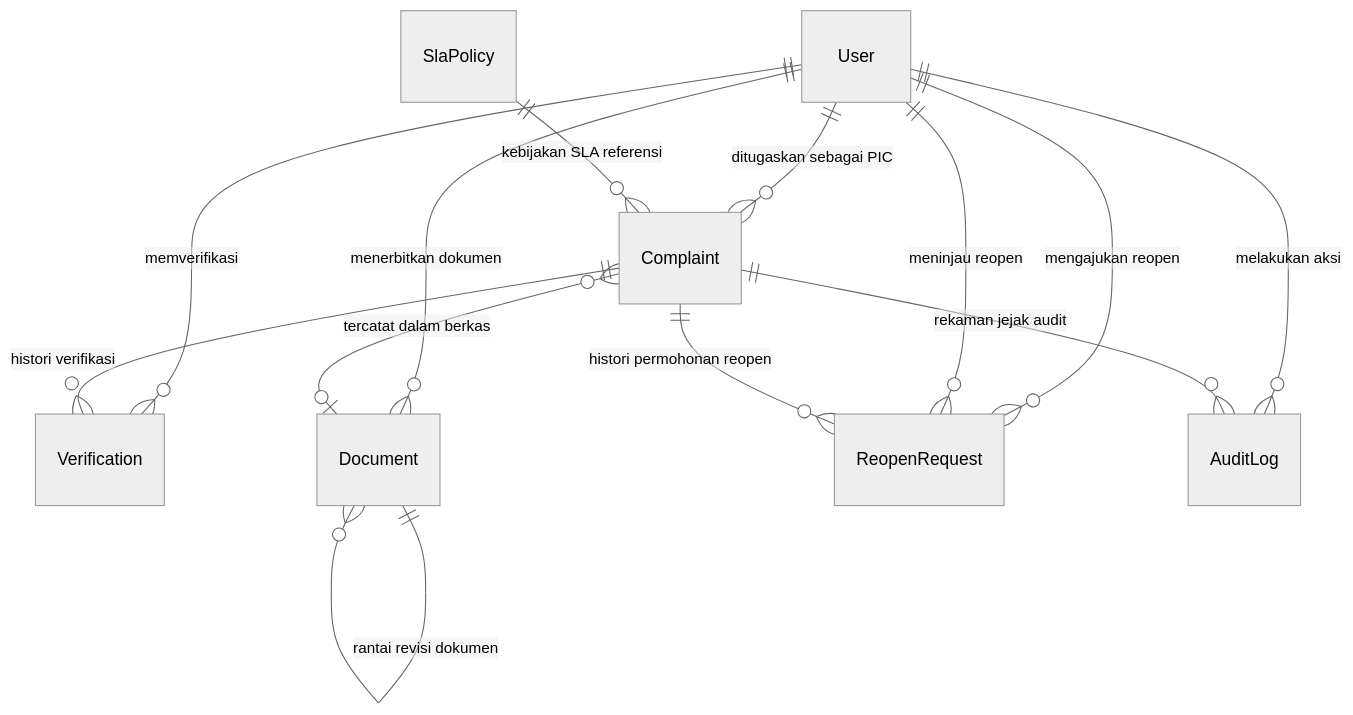
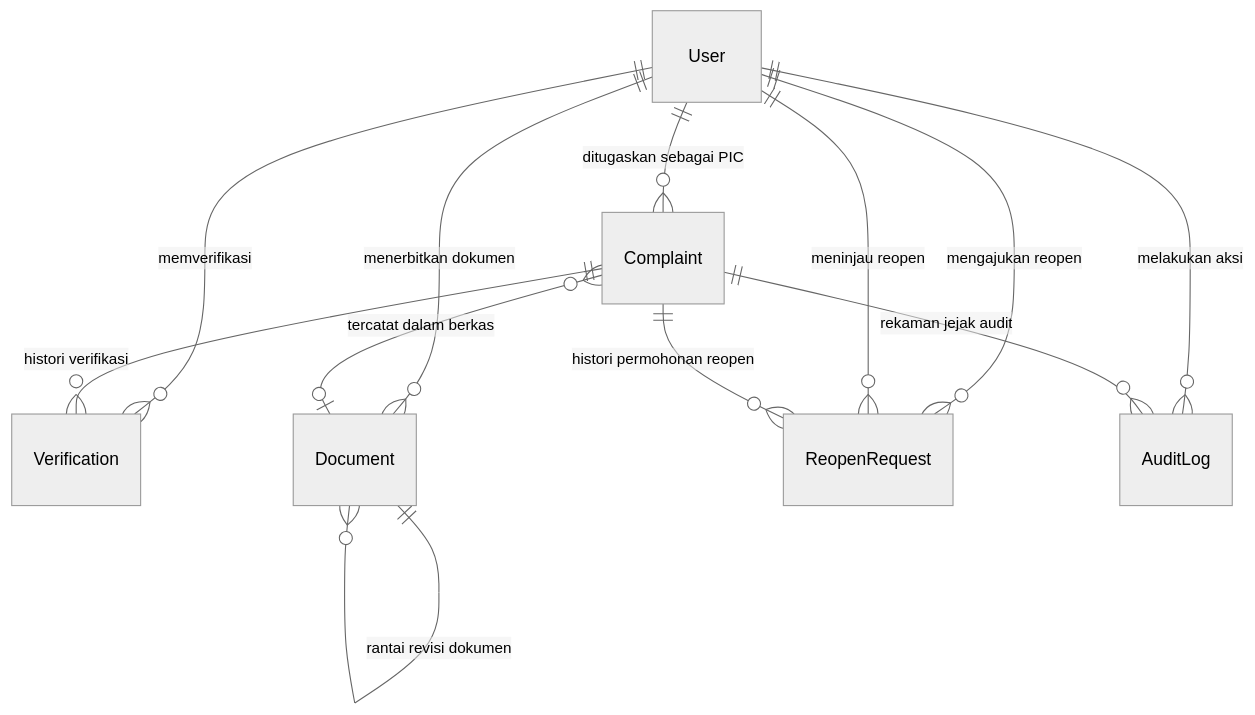
Before and after one commit to nvaanrn/kai-complaint-management-system: the diagram in docs/arsitektur-skema-database.md, drawn with Mermaid (neutral theme). The commit also changed other lines of this file and 8 other files, not shown here.

````diff
--- a/docs/arsitektur-skema-database.md
+++ b/docs/arsitektur-skema-database.md
@@ -28,18 +27,16 @@
 ```mermaid
 erDiagram
     User ||--o{ Complaint : "ditugaskan sebagai PIC"
     User ||--o{ Verification : "memverifikasi"
     User ||--o{ Document : "menerbitkan dokumen"
     User ||--o{ ReopenRequest : "mengajukan reopen"
     User ||--o{ ReopenRequest : "meninjau reopen"
     User ||--o{ AuditLog : "melakukan aksi"
 
-    SlaPolicy ||--o{ Complaint : "kebijakan SLA referensi"
-
     Complaint ||--o{ Verification : "histori verifikasi"
     Complaint ||--o{ ReopenRequest : "histori permohonan reopen"
     Complaint ||--o{ AuditLog : "rekaman jejak audit"
     Complaint }o--o| Document : "tercatat dalam berkas"
 
     Document ||--o{ Document : "rantai revisi dokumen"
 ```
````
